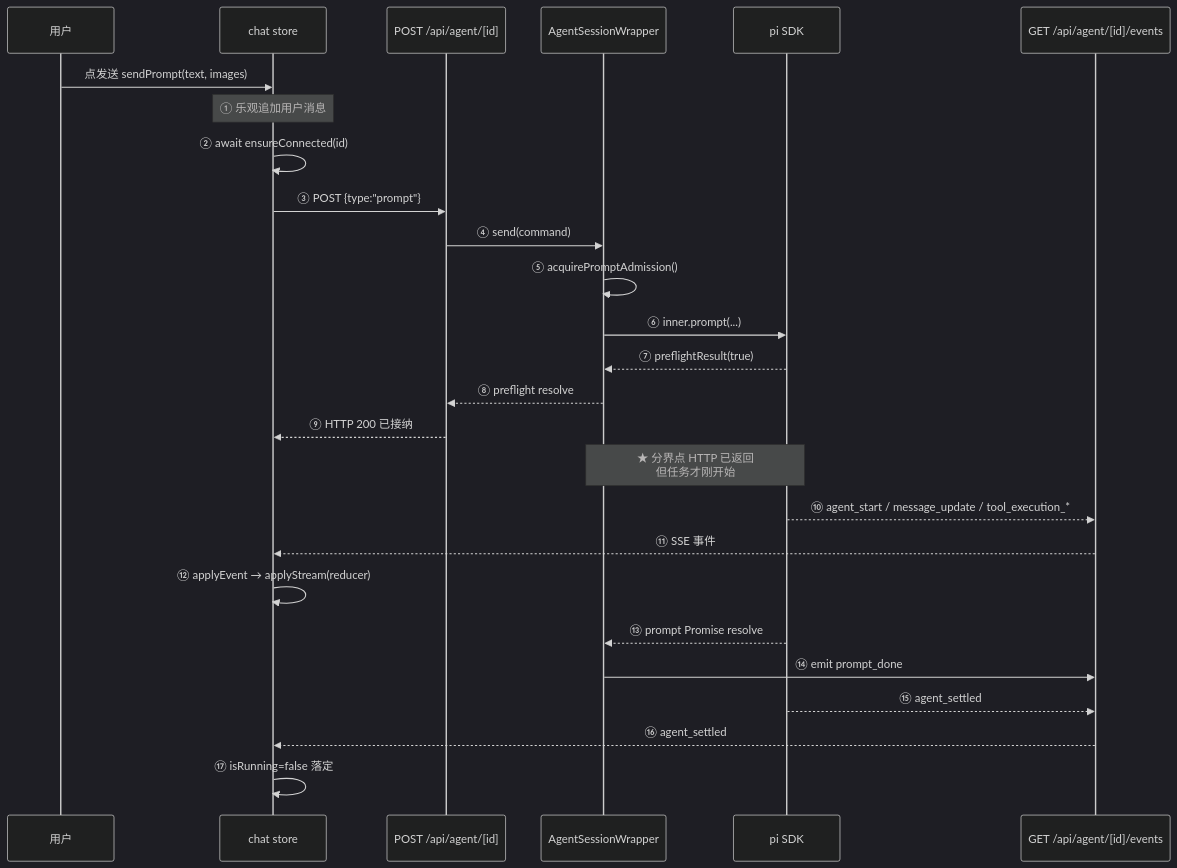
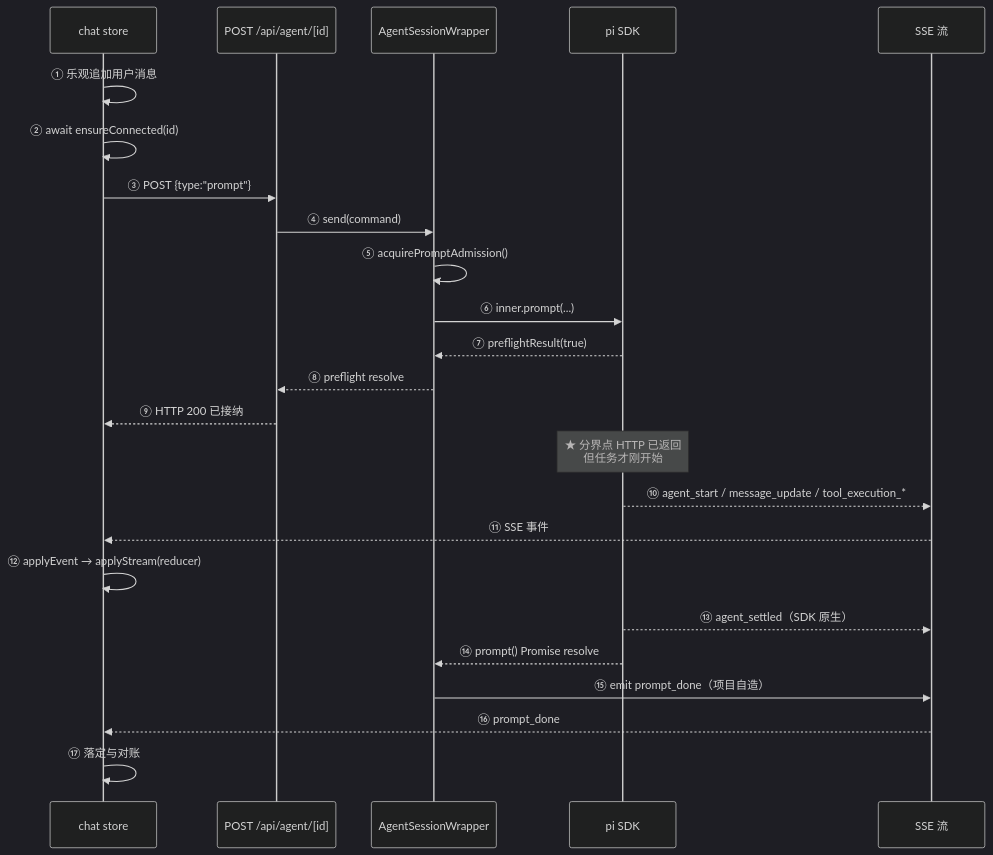
The diagram in docs/interview/pi-web-vue/01-执行链路与流式传输.md (saohuahua/pi-web-vue), drawn with Mermaid (dark theme) before and after one commit. The commit also changed other lines of this file and 4 other files, not shown here.

````diff
--- a/docs/interview/pi-web-vue/01-执行链路与流式传输.md
+++ b/docs/interview/pi-web-vue/01-执行链路与流式传输.md
@@ -89,29 +109,27 @@
 ```mermaid
 sequenceDiagram
-    participant U as 用户
     participant S as chat store
     participant A as POST /api/agent/[id]
     participant W as AgentSessionWrapper
     participant SDK as pi SDK
-    participant E as GET /api/agent/[id]/events
+    participant E as SSE 流
 
-    U->>S: 点发送 sendPrompt(text, images)
-    Note over S: ① 乐观追加用户消息
+    S->>S: ① 乐观追加用户消息
     S->>S: ② await ensureConnected(id)
     S->>A: ③ POST {type:"prompt"}
     A->>W: ④ send(command)
     W->>W: ⑤ acquirePromptAdmission()
     W->>SDK: ⑥ inner.prompt(...)
     SDK-->>W: ⑦ preflightResult(true)
     W-->>A: ⑧ preflight resolve
     A-->>S: ⑨ HTTP 200 已接纳
-    Note over W,SDK: ★ 分界点 HTTP 已返回<br/>但任务才刚开始
+    Note over SDK: ★ 分界点 HTTP 已返回<br/>但任务才刚开始
     SDK-->>E: ⑩ agent_start / message_update / tool_execution_*
     E-->>S: ⑪ SSE 事件
     S->>S: ⑫ applyEvent → applyStream(reducer)
-    SDK-->>W: ⑬ prompt Promise resolve
-    W->>E: ⑭ emit prompt_done
-    SDK-->>E: ⑮ agent_settled
-    E-->>S: ⑯ agent_settled
-    S->>S: ⑰ isRunning=false 落定
+    SDK-->>E: ⑬ agent_settled（SDK 原生）
+    SDK-->>W: ⑭ prompt() Promise resolve
+    W->>E: ⑮ emit prompt_done（项目自造）
+    E-->>S: ⑯ prompt_done
+    S->>S: ⑰ 落定与对账
 ```
````
